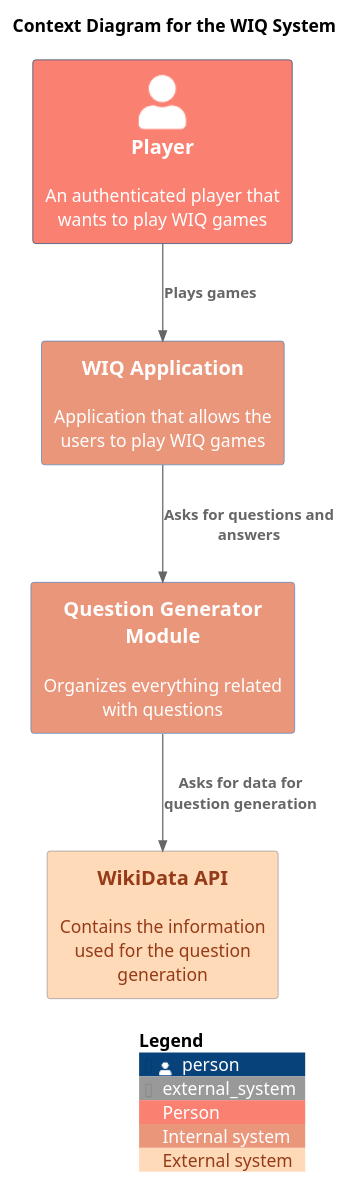
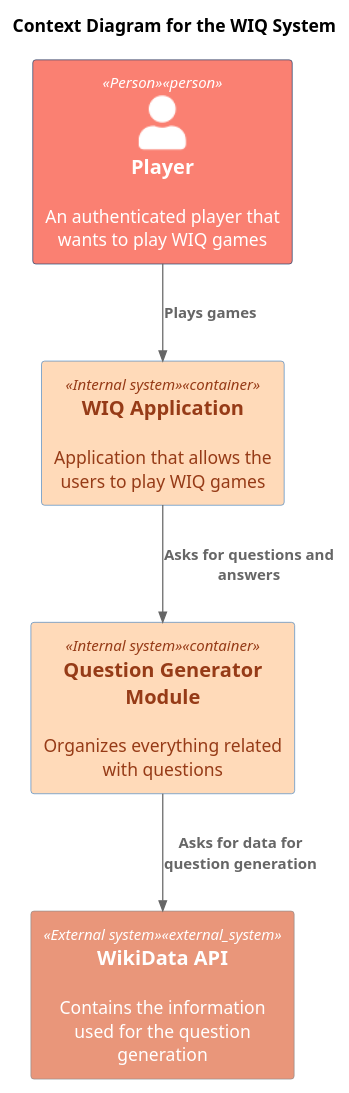
Before and after one commit to Arquisoft/wiq_en2b: the diagram in docs/diagrams/BusinessContextDiagram.puml, drawn with PlantUML. The commit also changed 2 other files, not shown here.

Commit message:
fix: color legend updated for container diagram

```diff
--- a/docs/diagrams/BusinessContextDiagram.puml
+++ b/docs/diagrams/BusinessContextDiagram.puml
@@ -1,24 +1,23 @@
 @startuml
 !includeurl https://raw.githubusercontent.com/RicardoNiepel/C4-PlantUML/master/C4_Container.puml
 !include <c4/C4_Context.puml>
 
 title Context Diagram for the WIQ System
 AddElementTag("Person", $bgColor="#salmon", $fontColor="#white")
-AddElementTag("Internal system", $bgColor="#darksalmon", $fontColor="#white")
-AddElementTag("External system", $bgColor="#peachpuff", $fontColor="#963b17")
+AddElementTag("Internal system", $bgColor="#peachpuff", $fontColor="#963b17")
+AddElementTag("External system", $bgColor="#darksalmon", $fontColor="#white")
 
 'Containers
 Person(player, Player,"An authenticated player that wants to play WIQ games", $tags="Person")
 
 Container(wiq, "WIQ Application","", "Application that allows the users to play WIQ games", $tags="Internal system")
 
 Container(question_generator, "Question Generator Module","", "Organizes everything related with questions", $tags="Internal system")
 
 System_Ext(wikidata,"WikiData API","Contains the information used for the question generation", $tags="External system")
 
 'RELATIONS
 Rel(player,wiq,"Plays games")
 Rel(wiq, question_generator, "Asks for questions and answers")
 Rel(question_generator,wikidata,"Asks for data for question generation")
-SHOW_LEGEND()
 @enduml
```
